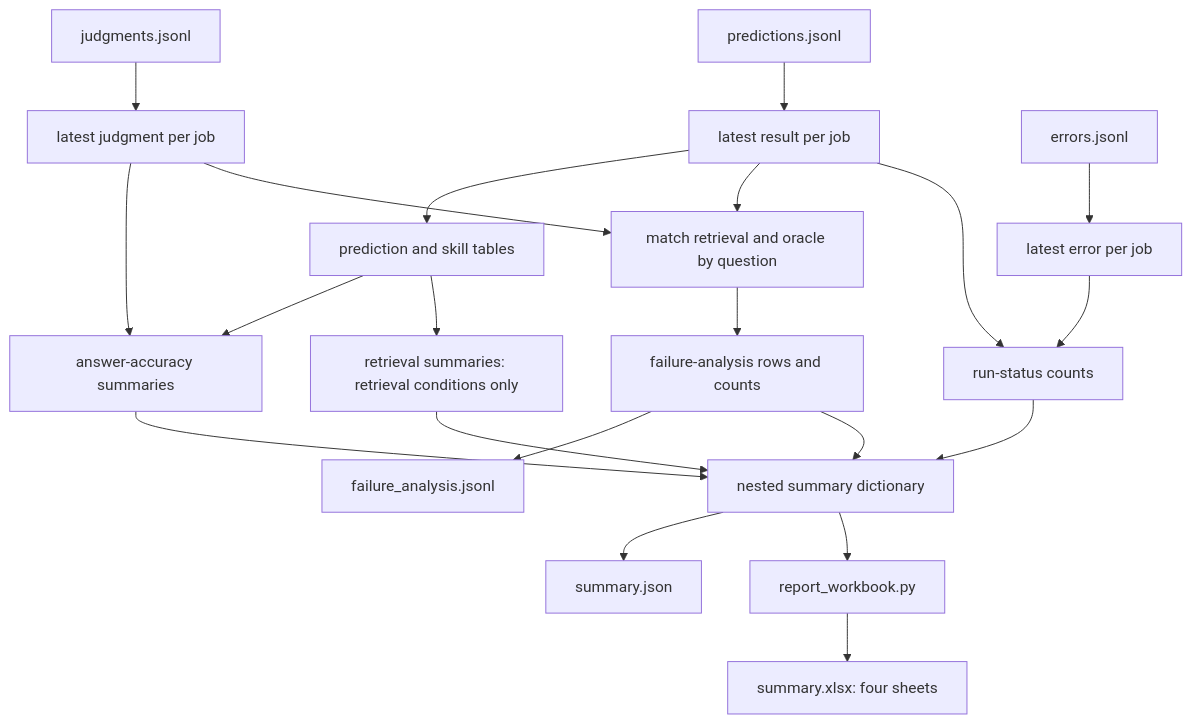
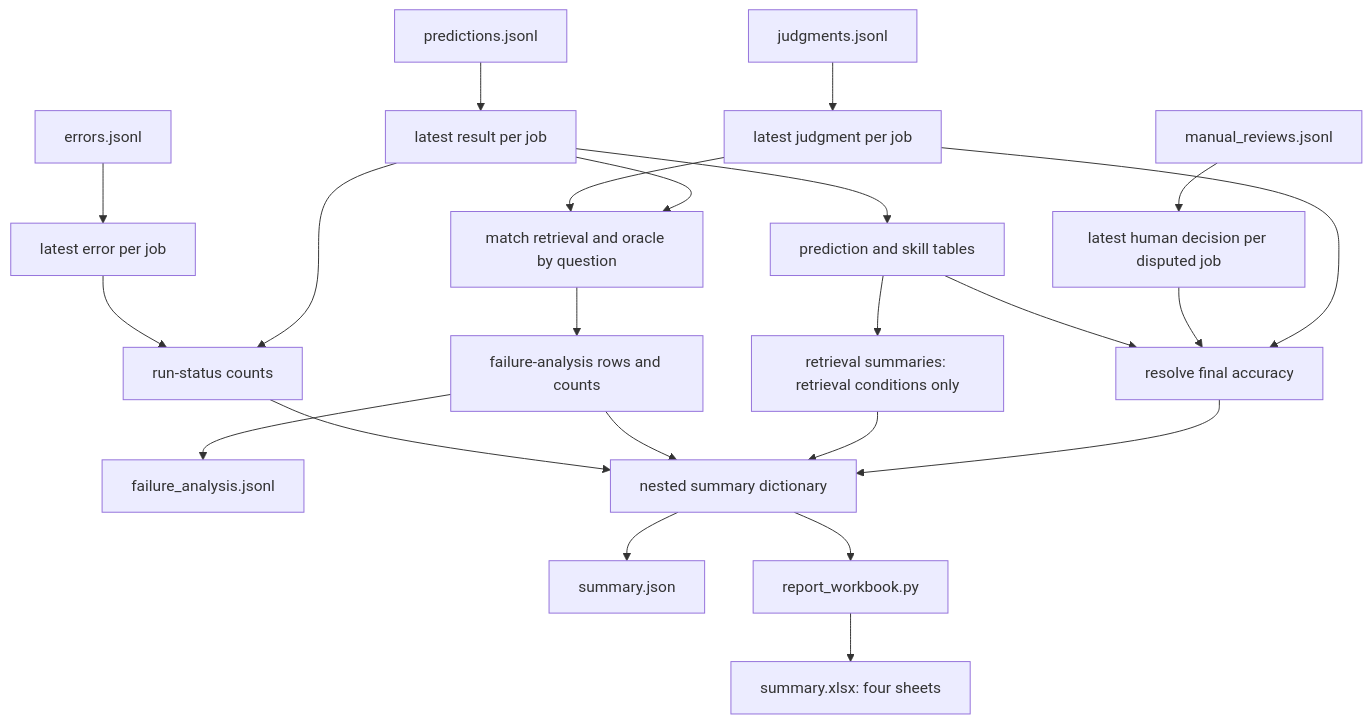
The eighth of 11 diagrams in docs sys design/benchmark/FinanceBench Implementation Guide.md (14zhasim/Agentic_RAG), drawn with Mermaid before and after one commit. The commit also changed other lines of this file and 5 other files, not shown here.

````diff
--- a/docs sys design/benchmark/FinanceBench Implementation Guide.md
+++ b/docs sys design/benchmark/FinanceBench Implementation Guide.md
@@ -1419,23 +1606,25 @@
 ```mermaid
 flowchart TD
     A[predictions.jsonl] --> B[latest result per job]
     J[judgments.jsonl] --> C[latest judgment per job]
+    M[manual_reviews.jsonl] --> H[latest human decision per disputed job]
     E[errors.jsonl] --> D[latest error per job]
     B --> P[prediction and skill tables]
-    C --> Q[answer-accuracy summaries]
+    C --> Q[resolve final accuracy]
+    H --> Q
     P --> Q
     P --> R[retrieval summaries: retrieval conditions only]
     B --> F[match retrieval and oracle by question]
     C --> F
     F --> FA[failure-analysis rows and counts]
     FA --> FJSON[failure_analysis.jsonl]
     B --> S[run-status counts]
     D --> S
     Q --> N[nested summary dictionary]
     R --> N
     FA --> N
     S --> N
     N --> JSON[summary.json]
     N --> BOOK[report_workbook.py]
     BOOK --> XLSX[summary.xlsx: four sheets]
 ```
````
